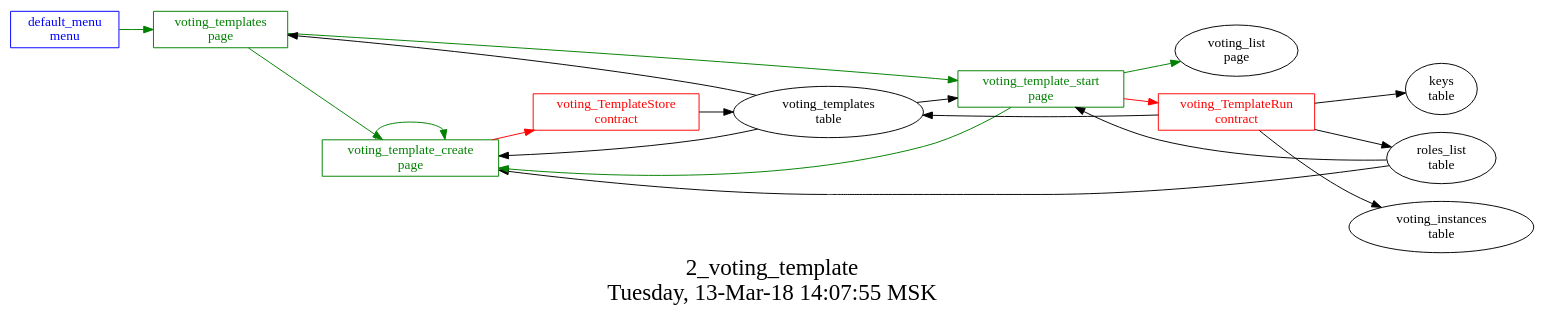
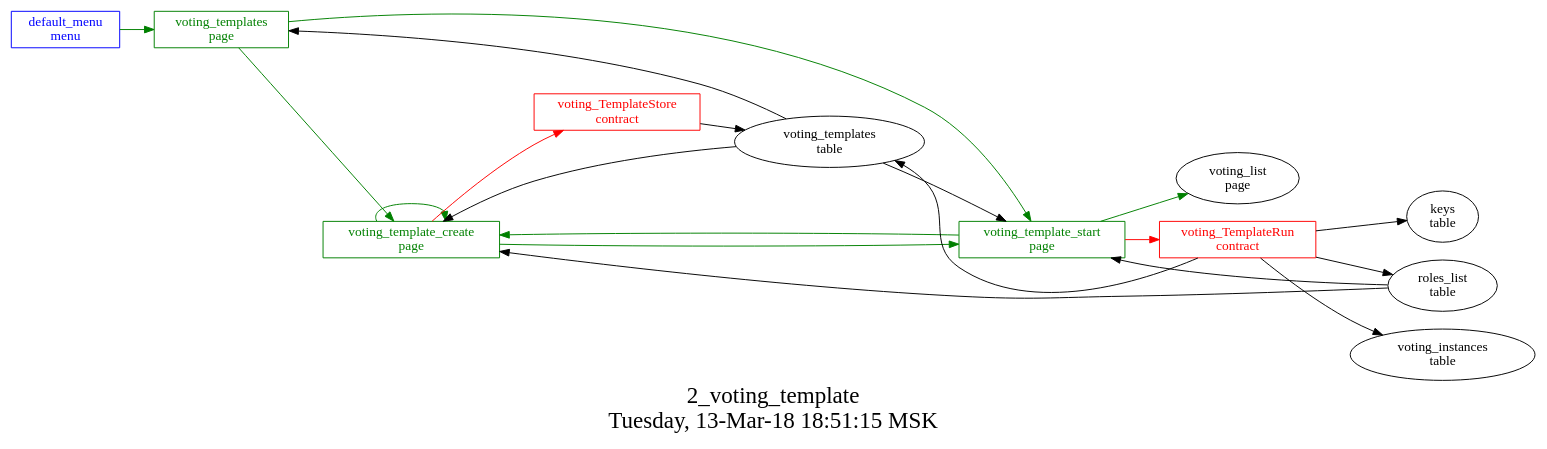
One commit to AplaProject/apps changed the diagram in src/basic/basic_main/2_voting_templates/struct.dot. Above: the diagram before and after it, drawn with Graphviz. The commit also changed 4 other files, not shown here.

```diff
--- a/src/basic/basic_main/2_voting_templates/struct.dot
+++ b/src/basic/basic_main/2_voting_templates/struct.dot
@@ -1,35 +1,36 @@
 digraph G {
 graph [
   fontsize="24";
-  label="2_voting_template\nTuesday, 13-Mar-18 14:07:55 MSK";
+  label="2_voting_template\nTuesday, 13-Mar-18 18:51:15 MSK";
   nojustify=true;
   ordering=out;
   rankdir=LR;
   size="30";
 ];
 "default_menu\nmenu" -> "voting_templates\npage"  [ color=green ]
 "default_menu\nmenu" [color=blue, fontcolor=blue, group=menus, shape=record];
 "voting_template_create\npage" -> "voting_TemplateStore\ncontract"  [ color=red ]
 "voting_templates\ntable" -> "voting_template_create\npage"  [ color="" ]
 "roles_list\ntable" -> "voting_template_create\npage"  [ color="" ]
+"voting_template_create\npage" -> "voting_template_start\npage"  [ color=green ]
 "voting_template_create\npage" -> "voting_template_create\npage"  [ color=green ]
 "voting_template_create\npage" [color=green, fontcolor=green, group=pages, shape=record];
 "voting_template_start\npage" -> "voting_TemplateRun\ncontract"  [ color=red ]
 "voting_templates\ntable" -> "voting_template_start\npage"  [ color="" ]
 "roles_list\ntable" -> "voting_template_start\npage"  [ color="" ]
 "voting_template_start\npage" -> "voting_template_create\npage"  [ color=green ]
 "voting_template_start\npage" -> "voting_list\npage"  [ color=green ]
 "voting_template_start\npage" [color=green, fontcolor=green, group=pages, shape=record];
 "voting_templates\ntable" -> "voting_templates\npage"  [ color="" ]
 "voting_templates\npage" -> "voting_template_start\npage"  [ color=green ]
 "voting_templates\npage" -> "voting_template_create\npage"  [ color=green ]
 "voting_templates\npage" [color=green, fontcolor=green, group=pages, shape=record];
 "voting_TemplateRun\ncontract" -> "voting_templates\ntable"  [ color="" ]
 "voting_TemplateRun\ncontract" -> "keys\ntable"  [ color="" ]
 "voting_TemplateRun\ncontract" -> "roles_list\ntable"  [ color="" ]
 "voting_TemplateRun\ncontract" -> "voting_instances\ntable"  [ color="" ]
 "voting_TemplateRun\ncontract" [color=red, fontcolor=red, group=contracts, shape=record];
 "voting_TemplateStore\ncontract" -> "voting_templates\ntable"  [ color="" ]
 "voting_TemplateStore\ncontract" [color=red, fontcolor=red, group=contracts, shape=record];
 "voting_templates\ntable" [color="", fontcolor="", group=tables, shape=""];
 }
```
